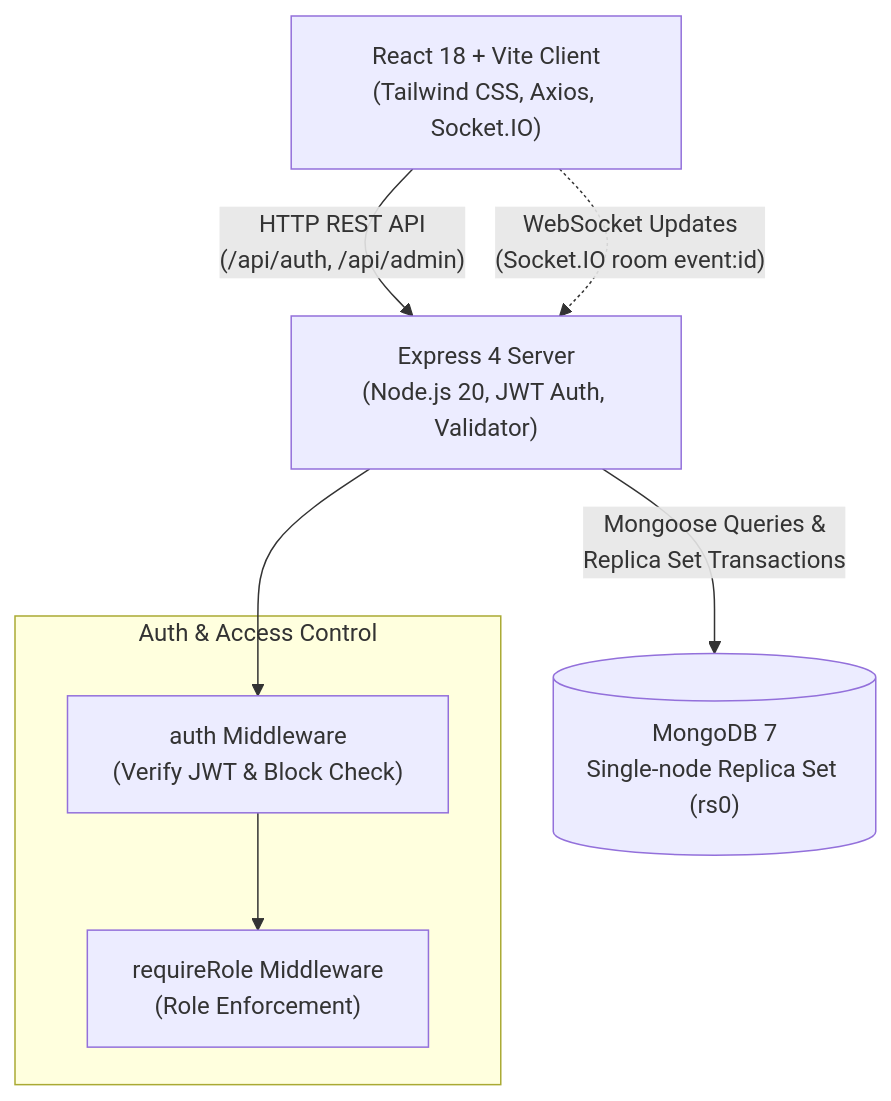
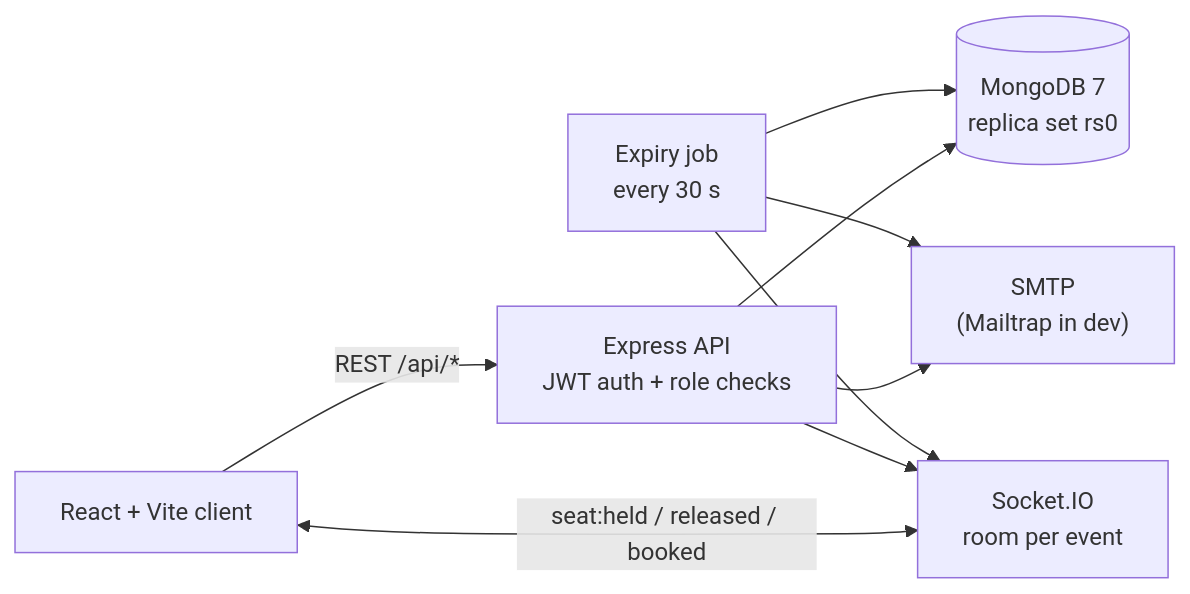
Before and after one commit to kavya-1132/ticketX1: the first of 2 diagrams in README.md, drawn with Mermaid. The commit also changed other lines of this file and 37 other files, not shown here.

````diff
--- a/README.md
+++ b/README.md
@@ -60,17 +27,18 @@
 ```mermaid
-graph TD
-    Client["React 18 + Vite Client<br/>(Tailwind CSS, Axios, Socket.IO)"]
-    API["Express 4 Server<br/>(Node.js 20, JWT Auth, Validator)"]
-    Mongo[("MongoDB 7<br/>Single-node Replica Set (rs0)")]
-    
-    Client -->|"HTTP REST API<br/>(/api/auth, /api/admin)"| API
-    Client -.->|"WebSocket Updates<br/>(Socket.IO room event:id)"| API
-    API -->|"Mongoose Queries &<br/>Replica Set Transactions"| Mongo
-    
-    subgraph Auth & Access Control
-        AuthMW["auth Middleware<br/>(Verify JWT & Block Check)"]
-        RoleMW["requireRole Middleware<br/>(Role Enforcement)"]
-    end
-    
-    API --> AuthMW --> RoleMW
+graph LR
+    Browser["React + Vite client"]
+    API["Express API<br/>JWT auth + role checks"]
+    WS["Socket.IO<br/>room per event"]
+    Job["Expiry job<br/>every 30 s"]
+    DB[("MongoDB 7<br/>replica set rs0")]
+    Mail["SMTP<br/>(Mailtrap in dev)"]
+
+    Browser -- "REST /api/*" --> API
+    Browser <-- "seat:held / released / booked" --> WS
+    API --> DB
+    Job --> DB
+    API --> WS
+    Job --> WS
+    API --> Mail
+    Job --> Mail
 ```
````
